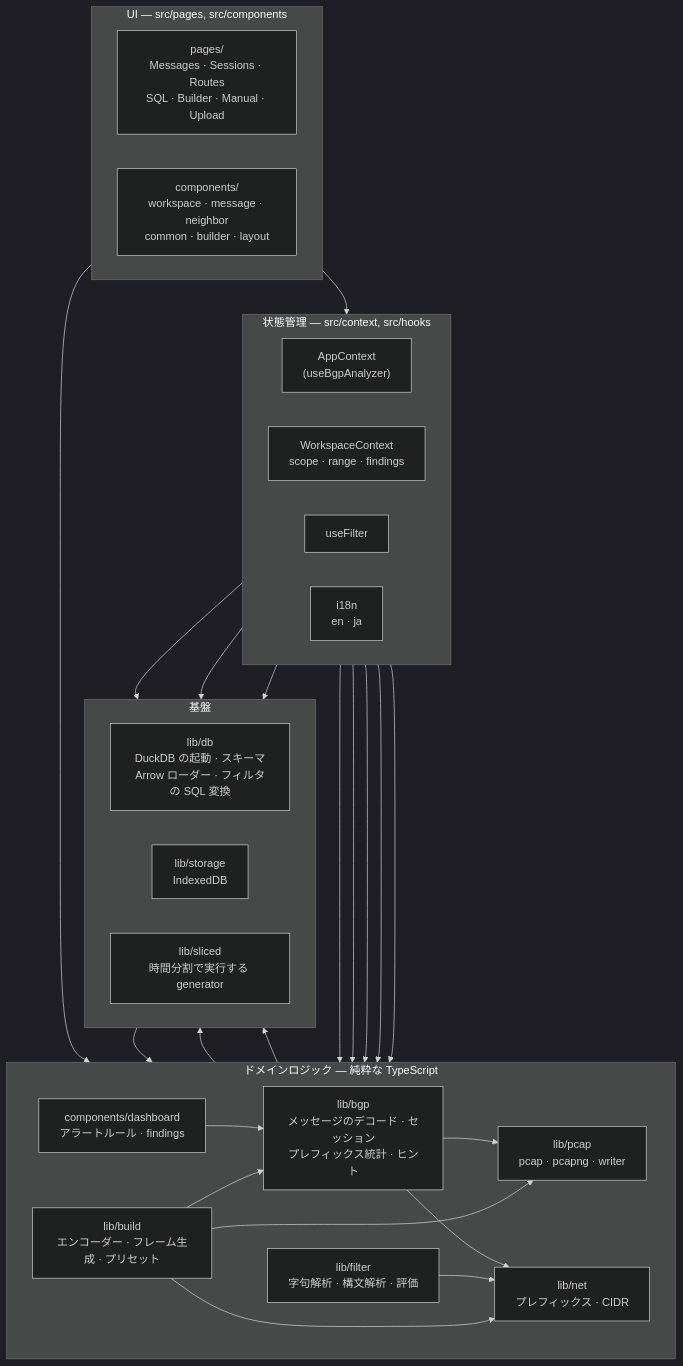
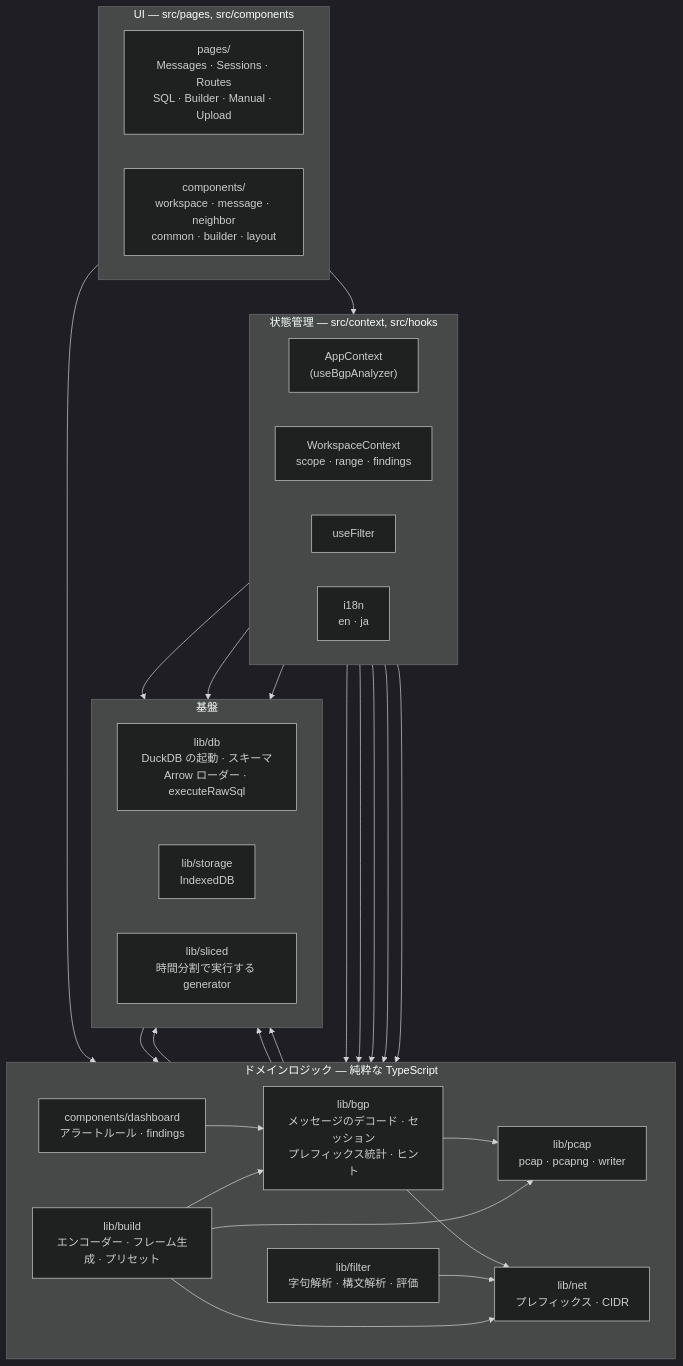
Before and after one commit to shmuto/bgpshark: the second of 13 diagrams in docs/architecture.ja.md, drawn with Mermaid (dark theme). The commit also changed other lines of this file and 8 other files, not shown here.

Commit message:
Docs: review and polish CLAUDE.md and architecture/design docs

````diff
--- a/docs/architecture.ja.md
+++ b/docs/architecture.ja.md
@@ -79,45 +79,45 @@
 ```mermaid
 flowchart TB
     subgraph ui["UI — src/pages, src/components"]
         direction LR
         pagesNode["pages/<br/>Messages · Sessions · Routes<br/>SQL · Builder · Manual · Upload"]
         comps["components/<br/>workspace · message · neighbor<br/>common · builder · layout"]
     end
 
     subgraph state["状態管理 — src/context, src/hooks"]
         direction LR
         appctx["AppContext<br/>(useBgpAnalyzer)"]
         wsctx["WorkspaceContext<br/>scope · range · findings"]
         usefilter["useFilter"]
         i18n["i18n<br/>en · ja"]
     end
 
     subgraph domain["ドメインロジック — 純粋な TypeScript"]
         direction LR
         pcap["lib/pcap<br/>pcap · pcapng · writer"]
         bgp["lib/bgp<br/>メッセージのデコード · セッション<br/>プレフィックス統計 · ヒント"]
         filter["lib/filter<br/>字句解析 · 構文解析 · 評価"]
         rules["components/dashboard<br/>アラートルール · findings"]
         build["lib/build<br/>エンコーダー · フレーム生成 · プリセット"]
         net["lib/net<br/>プレフィックス · CIDR"]
     end
 
     subgraph infra["基盤"]
         direction LR
-        db["lib/db<br/>DuckDB の起動 · スキーマ<br/>Arrow ローダー · フィルタの SQL 変換"]
+        db["lib/db<br/>DuckDB の起動 · スキーマ<br/>Arrow ローダー · executeRawSql"]
         storage["lib/storage<br/>IndexedDB"]
         sliced["lib/sliced<br/>時間分割で実行する generator"]
     end
 
     ui --> state
     ui --> domain
     appctx --> pcap & bgp & db & storage
     wsctx --> rules & bgp
     usefilter --> filter & sliced
     rules --> bgp & sliced
-    bgp --> pcap & net
+    bgp --> pcap & net & sliced
     filter --> net
     db --> net
     build --> pcap & bgp & net
     pcap --> sliced
 ```
````
